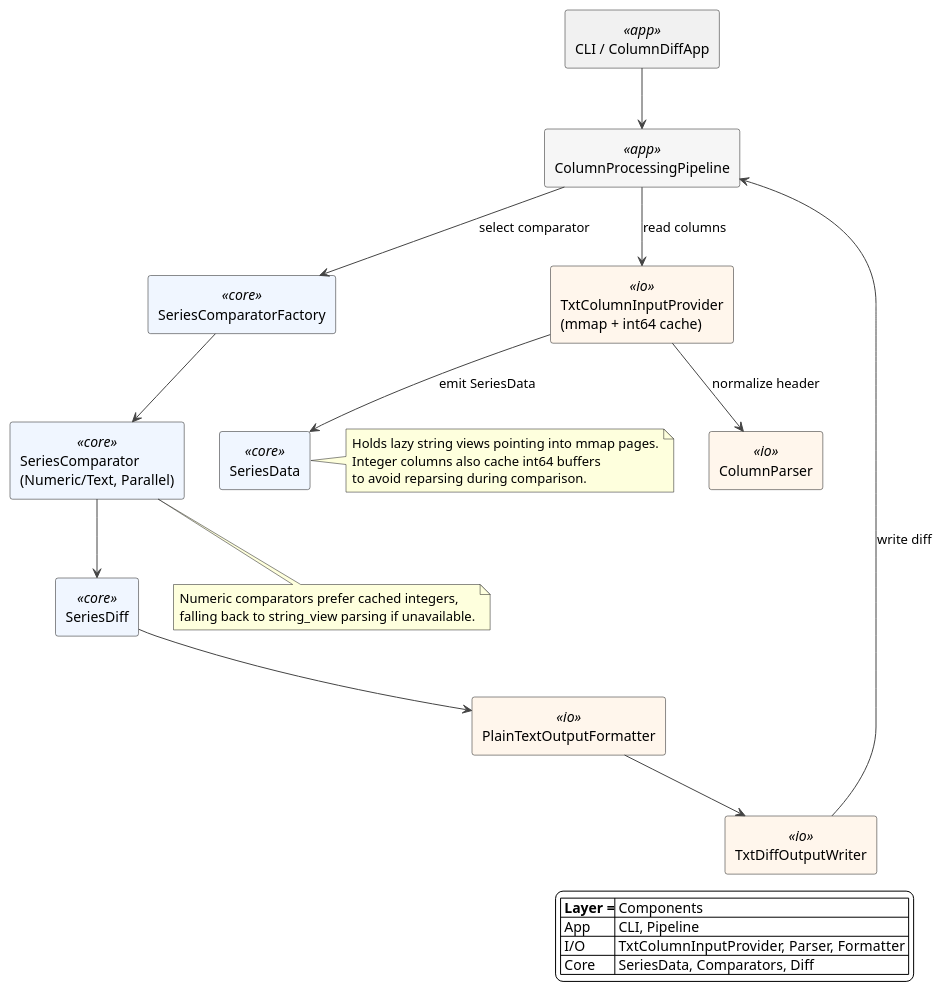
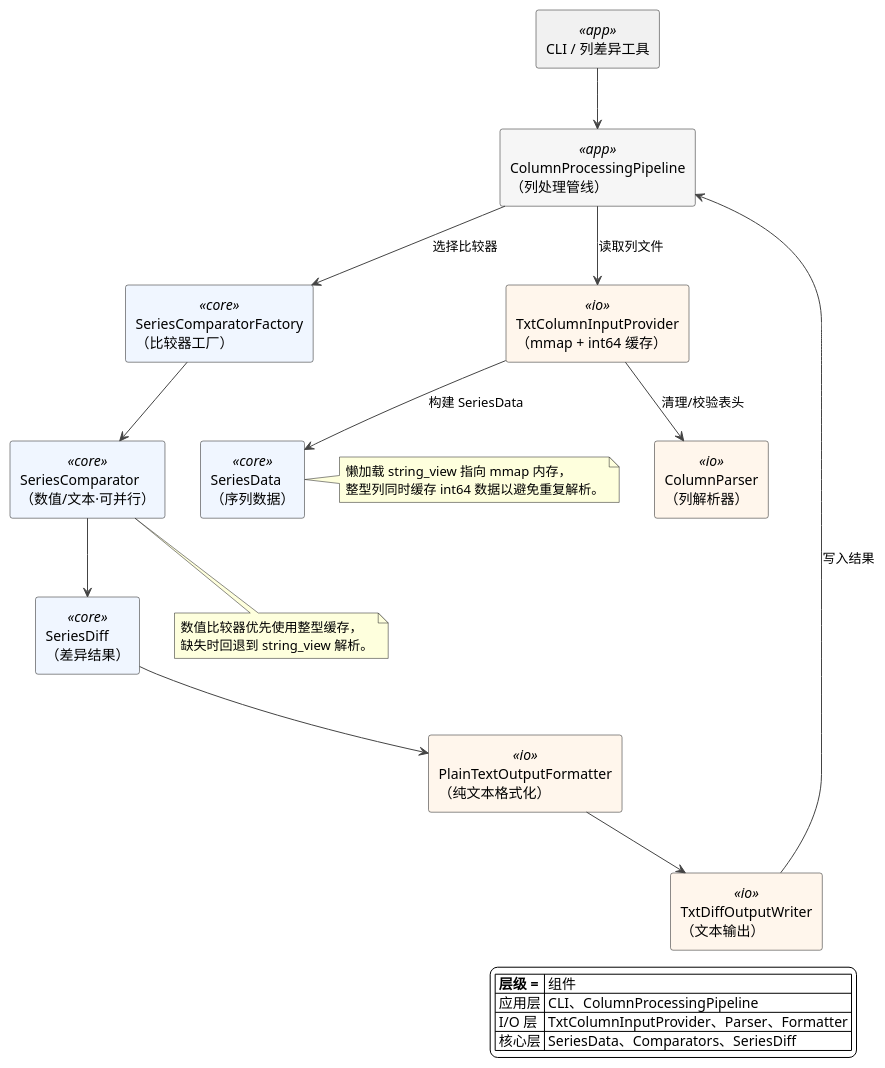
Before and after one commit to DestinyOfLove/destiny_place_cpp: the diagram in diff_compare/docs/architecture.puml, drawn with PlantUML. The commit also changed 4 other files, not shown here.

```diff
--- a/diff_compare/docs/architecture.puml
+++ b/diff_compare/docs/architecture.puml
@@ -1,51 +1,50 @@
 @startuml
 skinparam backgroundColor #ffffff
 skinparam componentStyle rectangle
 skinparam arrowColor #444444
 skinparam component {
   BackgroundColor<<core>> #f0f6ff
   BackgroundColor<<io>> #fff6ec
   BackgroundColor<<app>> #f6f6f6
 }
 
-rectangle "CLI / ColumnDiffApp" <<app>> as cli
-component "ColumnProcessingPipeline" <<app>> as pipeline
-component "SeriesComparatorFactory" <<core>> as factory
-component "SeriesData" <<core>> as seriesData
-component "SeriesComparator\n(Numeric/Text, Parallel)" <<core>> as comparators
-component "SeriesDiff" <<core>> as seriesDiff
-component "TxtColumnInputProvider\n(mmap + int64 cache)" <<io>> as input
-component "ColumnParser" <<io>> as parser
-component "TxtDiffOutputWriter" <<io>> as writer
-component "PlainTextOutputFormatter" <<io>> as formatter
+rectangle "CLI / 列差异工具" <<app>> as cli
+component "ColumnProcessingPipeline\n（列处理管线）" <<app>> as pipeline
+component "SeriesComparatorFactory\n（比较器工厂）" <<core>> as factory
+component "SeriesData\n（序列数据）" <<core>> as seriesData
+component "SeriesComparator\n（数值/文本·可并行）" <<core>> as comparators
+component "SeriesDiff\n（差异结果）" <<core>> as seriesDiff
+component "TxtColumnInputProvider\n（mmap + int64 缓存）" <<io>> as input
+component "ColumnParser\n（列解析器）" <<io>> as parser
+component "TxtDiffOutputWriter\n（文本输出）" <<io>> as writer
+component "PlainTextOutputFormatter\n（纯文本格式化）" <<io>> as formatter
 
 cli --> pipeline
-pipeline --> input : read columns
-input --> parser : normalize header
-input --> seriesData : emit SeriesData
-pipeline --> factory : select comparator
+pipeline --> input : 读取列文件
+input --> parser : 清理/校验表头
+input --> seriesData : 构建 SeriesData
+pipeline --> factory : 选择比较器
 factory --> comparators
 comparators --> seriesDiff
 seriesDiff --> formatter
 formatter --> writer
-writer --> pipeline : write diff
+writer --> pipeline : 写入结果
 
 note right of seriesData
-  Holds lazy string views pointing into mmap pages.
-  Integer columns also cache int64 buffers
-  to avoid reparsing during comparison.
+  懒加载 string_view 指向 mmap 内存，
+  整型列同时缓存 int64 数据以避免重复解析。
 end note
 
 note bottom of comparators
-  Numeric comparators prefer cached integers,
-  falling back to string_view parsing if unavailable.
+  数值比较器优先使用整型缓存，
+  缺失时回退到 string_view 解析。
 end note
 
 legend right
-  |= Layer =| Components |
-  | App     | CLI, Pipeline |
-  | I/O     | TxtColumnInputProvider, Parser, Formatter |
-  | Core    | SeriesData, Comparators, Diff |
+  |= 层级 =| 组件 |
+  | 应用层 | CLI、ColumnProcessingPipeline |
+  | I/O 层 | TxtColumnInputProvider、Parser、Formatter |
+  | 核心层 | SeriesData、Comparators、SeriesDiff |
 endlegend
 
 @enduml
```
